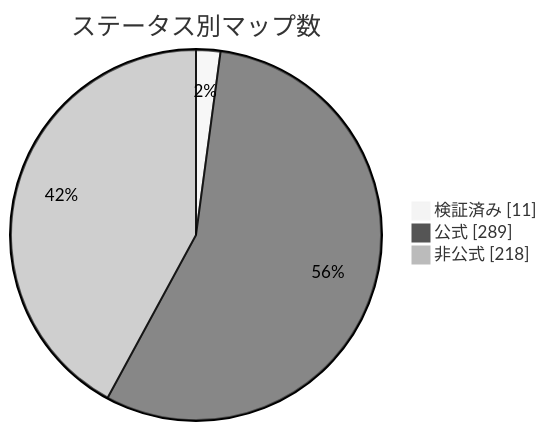
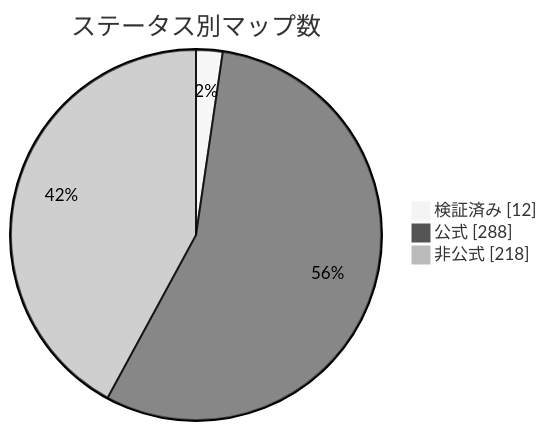
The diagram in docs/readme/README_JP.md (nobrega8/mbmap-library), drawn with Mermaid (neutral theme) before and after one commit. The commit also changed 5 other files, not shown here.

````diff
--- a/docs/readme/README_JP.md
+++ b/docs/readme/README_JP.md
@@ -54,7 +54,7 @@
 ```mermaid
 pie showData
     title ステータス別マップ数
-    "検証済み" : 11
-    "公式" : 289
+    "検証済み" : 12
+    "公式" : 288
     "非公式" : 218
 ```
````
